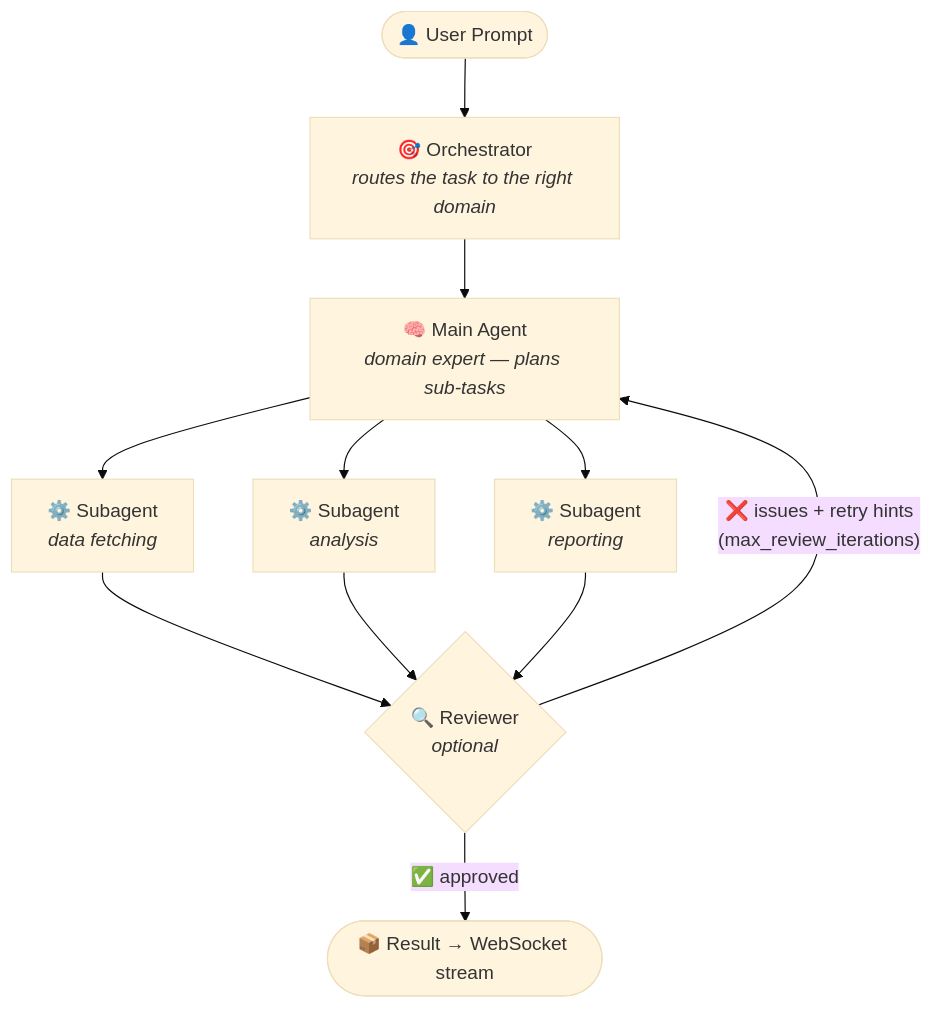
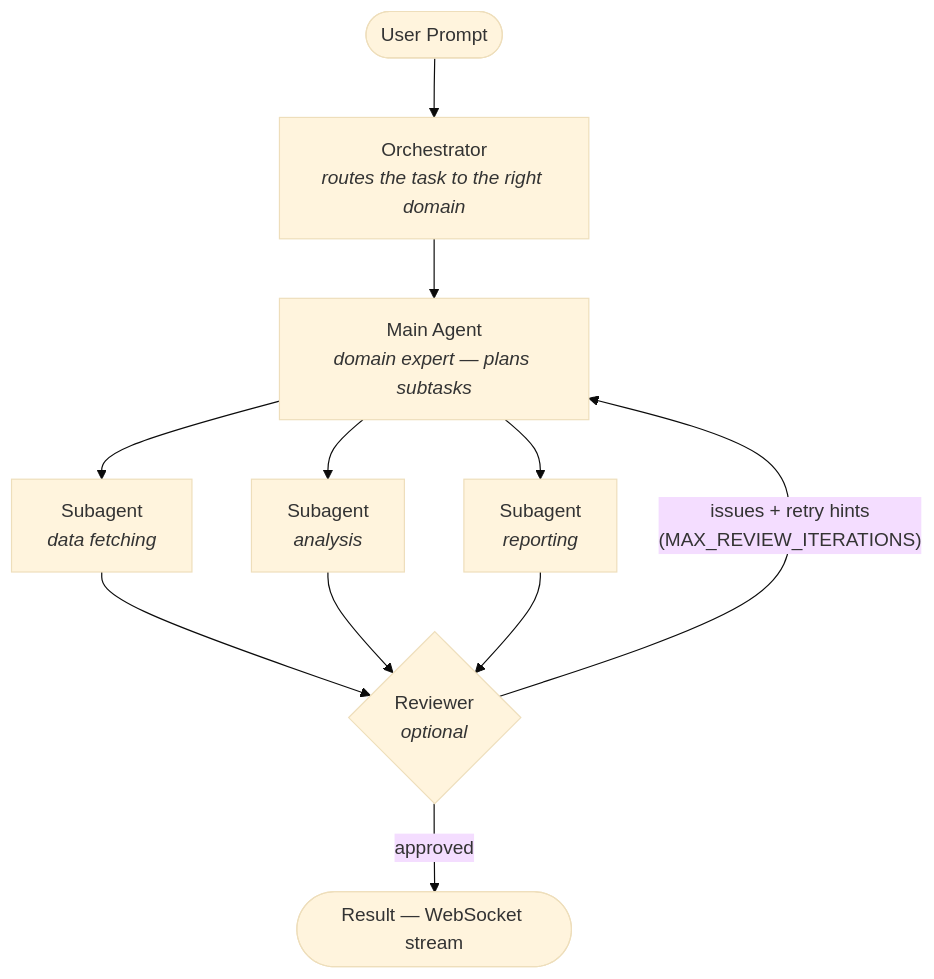
Before and after one commit to Yigtwxx/Maestro: the first of 3 diagrams in README.md, drawn with Mermaid (base theme). The commit also changed other lines of this file, not shown here.

````diff
--- a/README.md
+++ b/README.md
@@ -80,13 +63,13 @@
 ```mermaid
 flowchart TD
-    U(["👤 User Prompt"]) --> O["🎯 Orchestrator<br/><i>routes the task to the right domain</i>"]
-    O --> M["🧠 Main Agent<br/><i>domain expert — plans sub-tasks</i>"]
-    M --> S1["⚙️ Subagent<br/><i>data fetching</i>"]
-    M --> S2["⚙️ Subagent<br/><i>analysis</i>"]
-    M --> S3["⚙️ Subagent<br/><i>reporting</i>"]
-    S1 --> R{"🔍 Reviewer<br/><i>optional</i>"}
+    U(["User Prompt"]) --> O["Orchestrator<br/><i>routes the task to the right domain</i>"]
+    O --> M["Main Agent<br/><i>domain expert — plans subtasks</i>"]
+    M --> S1["Subagent<br/><i>data fetching</i>"]
+    M --> S2["Subagent<br/><i>analysis</i>"]
+    M --> S3["Subagent<br/><i>reporting</i>"]
+    S1 --> R{"Reviewer<br/><i>optional</i>"}
     S2 --> R
     S3 --> R
-    R -- "❌ issues + retry hints<br/>(max_review_iterations)" --> M
-    R -- "✅ approved" --> OUT(["📦 Result → WebSocket stream"])
+    R -- "issues + retry hints<br/>(MAX_REVIEW_ITERATIONS)" --> M
+    R -- "approved" --> OUT(["Result — WebSocket stream"])
 ```
````
